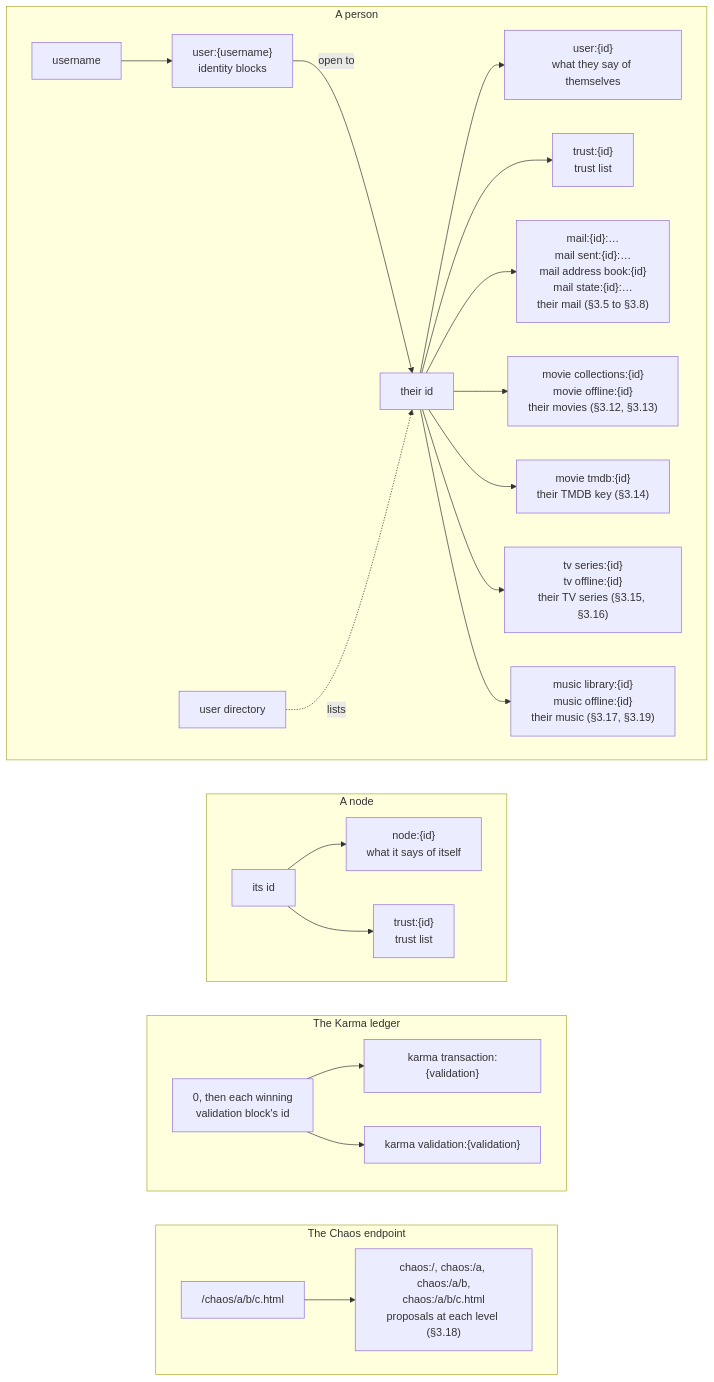
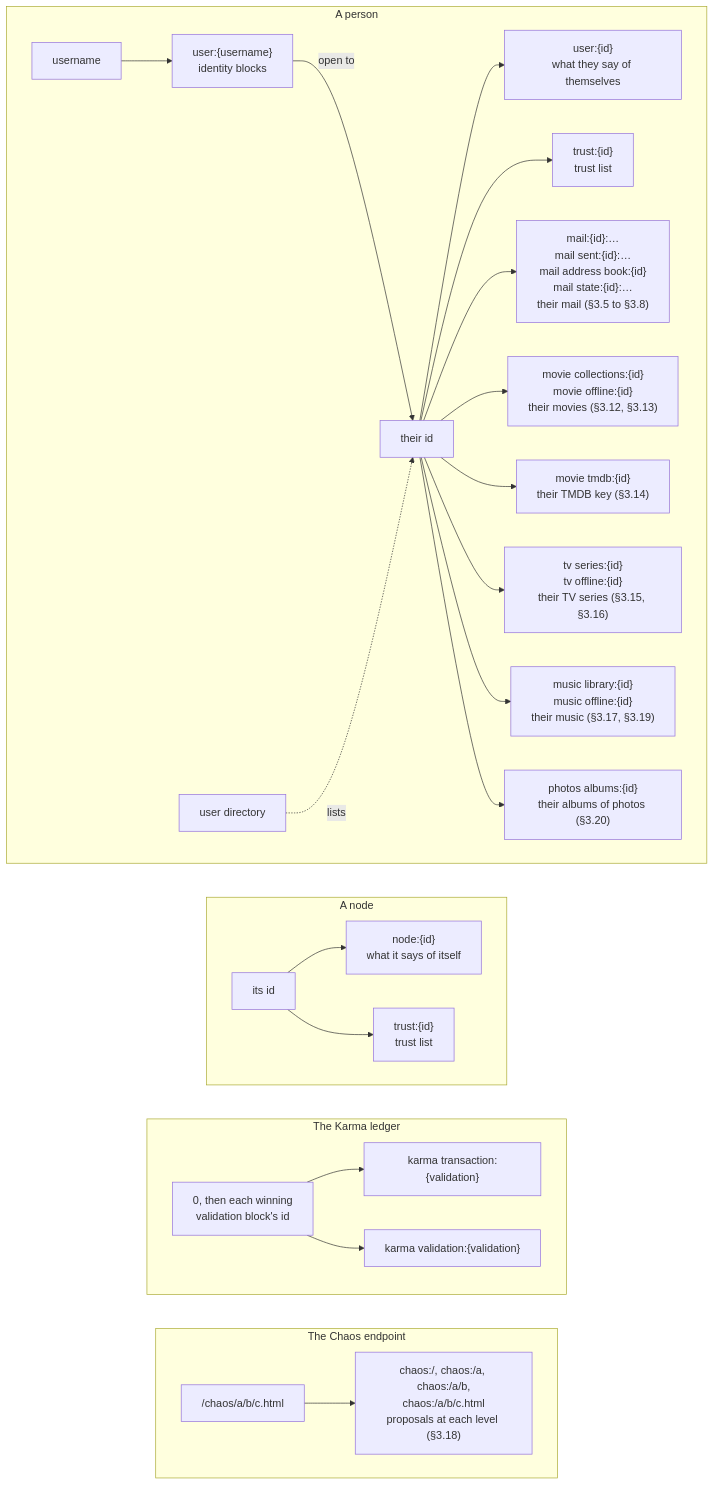
One commit to marcpage/libranet changed the first of 2 diagrams in docs/specs/KnownDrops.md. Above: the diagram before and after it, drawn with Mermaid. The commit also changed other lines of this file and 7 other files, not shown here.

````diff
--- a/docs/specs/KnownDrops.md
+++ b/docs/specs/KnownDrops.md
@@ -42,33 +43,34 @@
 ```mermaid
 flowchart TB
     subgraph person["A person"]
         direction LR
         username["username"] --> blocks["user:{username}<br/>identity blocks"]
         blocks -->|"open to"| pid["their id"]
         directory["user directory"] -.->|lists| pid
         pid --> says["user:{id}<br/>what they say of themselves"]
         pid --> ptrust["trust:{id}<br/>trust list"]
         pid --> mail["mail:{id}:…<br/>mail sent:{id}:…<br/>mail address book:{id}<br/>mail state:{id}:…<br/>their mail (§3.5 to §3.8)"]
         pid --> movie["movie collections:{id}<br/>movie offline:{id}<br/>their movies (§3.12, §3.13)"]
         pid --> tmdb["movie tmdb:{id}<br/>their TMDB key (§3.14)"]
         pid --> tv["tv series:{id}<br/>tv offline:{id}<br/>their TV series (§3.15, §3.16)"]
         pid --> music["music library:{id}<br/>music offline:{id}<br/>their music (§3.17, §3.19)"]
+        pid --> photos["photos albums:{id}<br/>their albums of photos (§3.20)"]
     end
     subgraph node["A node"]
         direction LR
         nid["its id"] --> nsays["node:{id}<br/>what it says of itself"]
         nid --> ntrust["trust:{id}<br/>trust list"]
     end
     subgraph karma["The Karma ledger"]
         direction LR
         validation["0, then each winning<br/>validation block's id"] --> kt["karma transaction:{validation}"]
         validation --> kv["karma validation:{validation}"]
     end
     subgraph chaos["The Chaos endpoint"]
         direction LR
         cpath["/chaos/a/b/c.html"] --> clevels["chaos:/, chaos:/a, chaos:/a/b,<br/>chaos:/a/b/c.html<br/>proposals at each level (§3.18)"]
     end
     person ~~~ node
     node ~~~ karma
     karma ~~~ chaos
 ```
````
